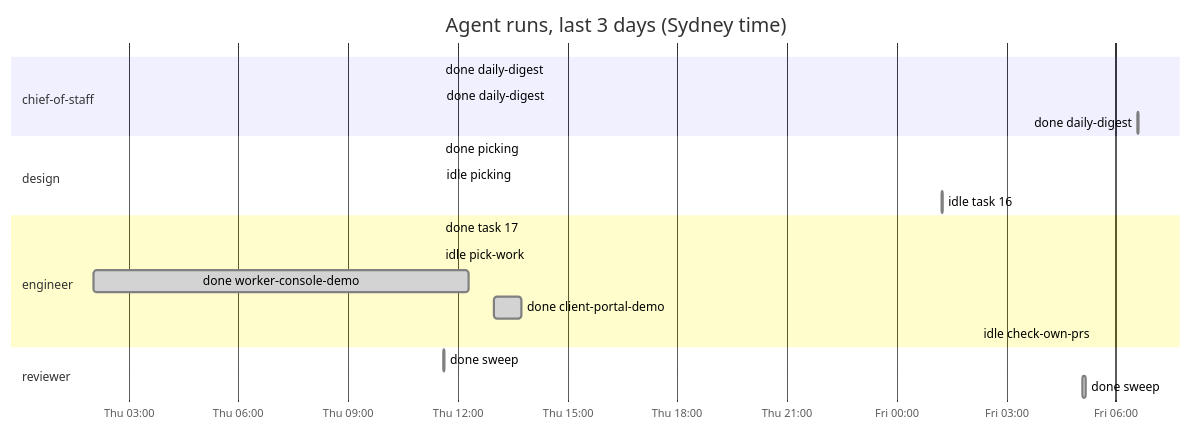
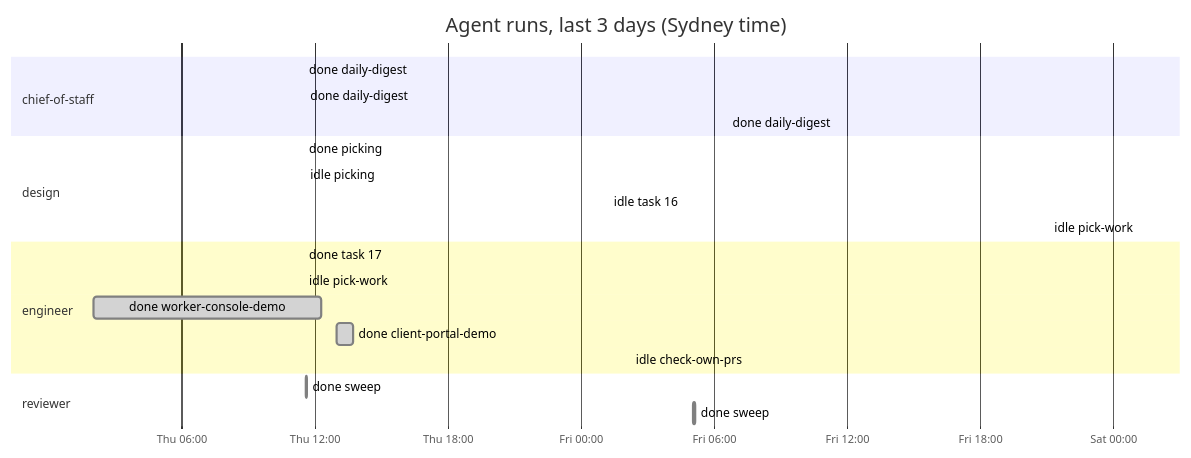
Before and after one commit to roulmediateam-byte/fifteen-expert-hq: the diagram in dashboard.md, drawn with Mermaid. The commit also changed other lines of this file and 1 other file, not shown here.

````diff
--- a/dashboard.md
+++ b/dashboard.md
@@ -35,23 +35,24 @@
 ```mermaid
 gantt
     title Agent runs, last 3 days (Sydney time)
     dateFormat YYYY-MM-DD HH:mm
     axisFormat %a %H:%M
     section chief-of-staff
     done daily-digest :done, 2026-11-05 11:31, 2026-11-05 11:32
     done daily-digest :done, 2026-11-05 11:33, 2026-11-05 11:34
     done daily-digest :done, 2026-11-06 06:35, 2026-11-06 06:37
     section design
     done picking :done, 2026-11-05 11:31, 2026-11-05 11:32
     idle picking :done, 2026-11-05 11:33, 2026-11-05 11:33
     idle task 16 :done, 2026-11-06 01:14, 2026-11-06 01:15
+    idle pick-work :done, 2026-11-07 01:08, 2026-11-07 01:08
     section engineer
     done task 17 :done, 2026-11-05 11:31, 2026-11-05 11:32
     idle pick-work :done, 2026-11-05 11:32, 2026-11-05 11:32
     done worker-console-demo :done, 2026-11-05 02:03, 2026-11-05 12:19
     done client-portal-demo :done, 2026-11-05 12:59, 2026-11-05 13:44
     idle check-own-prs :done, 2026-11-06 02:14, 2026-11-06 02:14
     section reviewer
     done sweep :done, 2026-11-05 11:37, 2026-11-05 11:39
     done sweep :done, 2026-11-06 05:05, 2026-11-06 05:10
 ```
````
